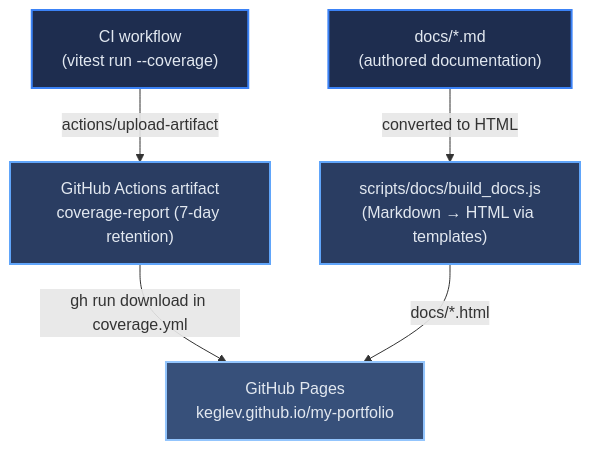
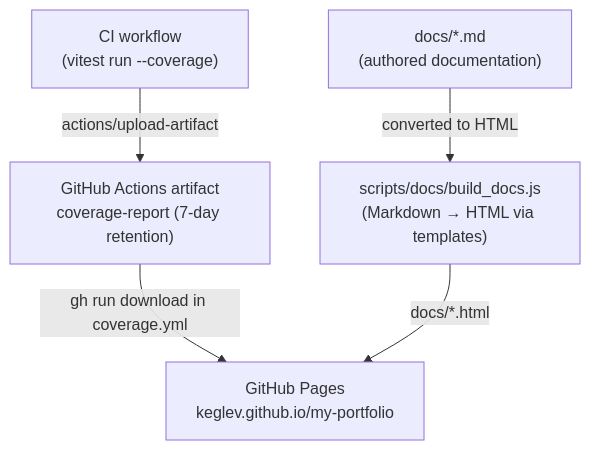
Before and after one commit to Keglev/my-portfolio: the diagram in docs/architecture/03-context.md, drawn with Mermaid. The commit also changed 11 other files, not shown here.

First line of the commit message:
fix(docs-theme): theme-aware mermaid, level shading, scrollable diagrams, coverage and root cleanup (#46)

````diff
--- a/docs/architecture/03-context.md
+++ b/docs/architecture/03-context.md
@@ -44,21 +44,17 @@
 ```mermaid
 flowchart TD
     CIJob["CI workflow\n(vitest run --coverage)"]
     CoverageArtifact["GitHub Actions artifact\ncoverage-report (7-day retention)"]
     MarkdownDocs["docs/*.md\n(authored documentation)"]
     BuildDocs["scripts/docs/build_docs.js\n(Markdown → HTML via templates)"]
     GHPages["GitHub Pages\nkeglev.github.io/my-portfolio"]
 
     CIJob -->|"actions/upload-artifact"| CoverageArtifact
     CoverageArtifact -->|"gh run download in coverage.yml"| GHPages
     MarkdownDocs -->|"converted to HTML"| BuildDocs
     BuildDocs -->|"docs/*.html"| GHPages
 
     class CIJob,MarkdownDocs l1
     class CoverageArtifact,BuildDocs l2
     class GHPages l3
-
-    classDef l1 fill:#1e2d4f,stroke:#3B82F6,stroke-width:2px,color:#E2E8F0
-    classDef l2 fill:#2a3d62,stroke:#60A5FA,stroke-width:2px,color:#E2E8F0
-    classDef l3 fill:#37507a,stroke:#93C5FD,stroke-width:2px,color:#E2E8F0
 ```
````
